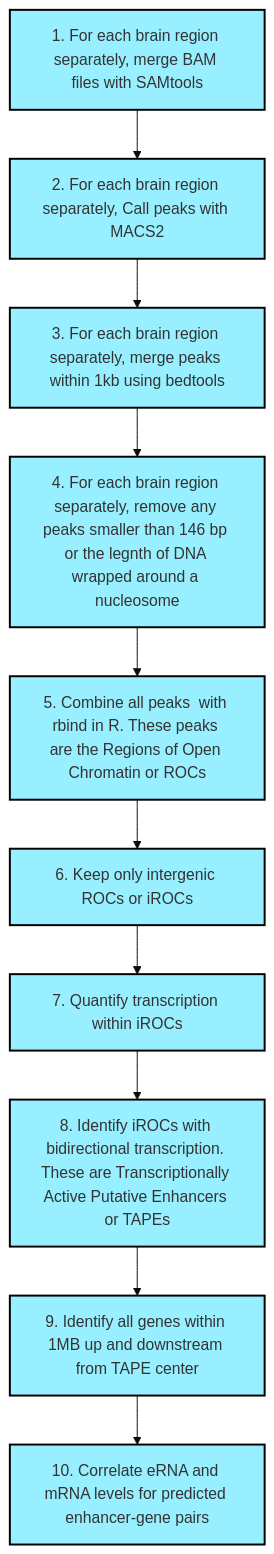
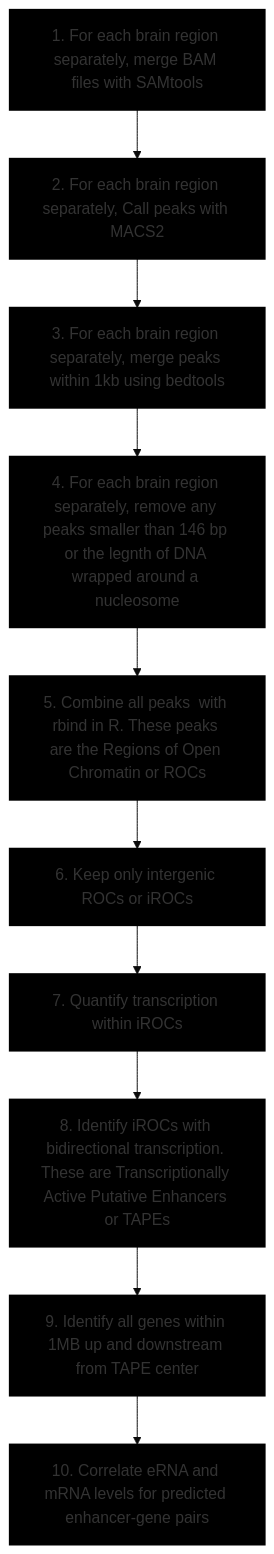
The diagram in README.md (Jeremy-Day-Lab/Nucleic_Acids_Research_2020), drawn with Mermaid (base theme) before and after one commit.

Commit message:
replace backgroud color in mermaid diagram

````diff
--- a/README.md
+++ b/README.md
@@ -11,22 +11,22 @@
 ```mermaid
 graph TD;
 A[1. For each brain region separately, merge BAM files with SAMtools] --> B[2. For each brain region separately, Call peaks with MACS2];
   B --> C[3. For each brain region separately, merge peaks within 1kb using bedtools];
   C --> D[4. For each brain region separately, remove any peaks smaller than 146 bp or the legnth of DNA wrapped around a nucleosome];
   D --> E[5. Combine all peaks  with rbind in R. These peaks are the Regions of Open Chromatin or ROCs];
   E --> F[6. Keep only intergenic ROCs or iROCs];
   F --> G[7. Quantify transcription within iROCs];
   G --> H[8. Identify iROCs with bidirectional transcription. These are Transcriptionally Active Putative Enhancers or TAPEs]
   H --> I[9. Identify all genes within 1MB up and downstream from TAPE center];
   I --> J[10. Correlate eRNA and mRNA levels for predicted enhancer-gene pairs];
-	style A fill:#98EFFF,stroke:#000,stroke-width:2px;	
-	style B fill:#98EFFF,stroke:#000,stroke-width:2px;	
-	style C fill:#98EFFF,stroke:#000,stroke-width:2px;	
-	style D fill:#98EFFF,stroke:#000,stroke-width:2px;	
-	style E fill:#98EFFF,stroke:#000,stroke-width:2px;	
-	style F fill:#98EFFF,stroke:#000,stroke-width:2px;	
-	style G fill:#98EFFF,stroke:#000,stroke-width:2px;	
-	style H fill:#98EFFF,stroke:#000,stroke-width:2px;	
-	style I fill:#98EFFF,stroke:#000,stroke-width:2px;
-	style J fill:#98EFFF,stroke:#000,stroke-width:2px;	
+	style A fill:#000000,stroke:#000,stroke-width:2px;	
+	style B fill:#000000,stroke:#000,stroke-width:2px;	
+	style C fill:#000000,stroke:#000,stroke-width:2px;	
+	style D fill:#000000,stroke:#000,stroke-width:2px;	
+	style E fill:#000000,stroke:#000,stroke-width:2px;	
+	style F fill:#000000,stroke:#000,stroke-width:2px;	
+	style G fill:#000000,stroke:#000,stroke-width:2px;	
+	style H fill:#000000,stroke:#000,stroke-width:2px;	
+	style I fill:#000000,stroke:#000,stroke-width:2px;
+	style J fill:#000000,stroke:#000,stroke-width:2px;	
 ```
````
